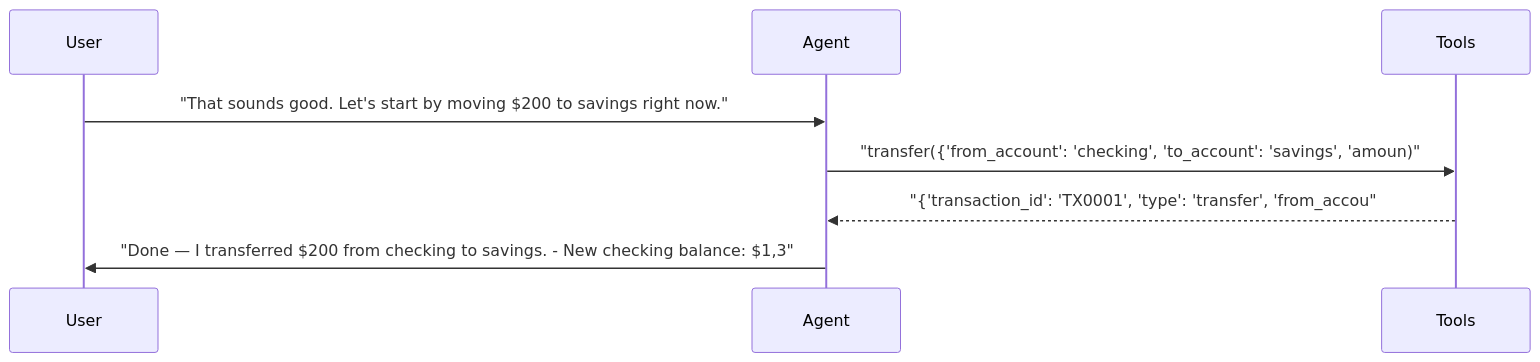
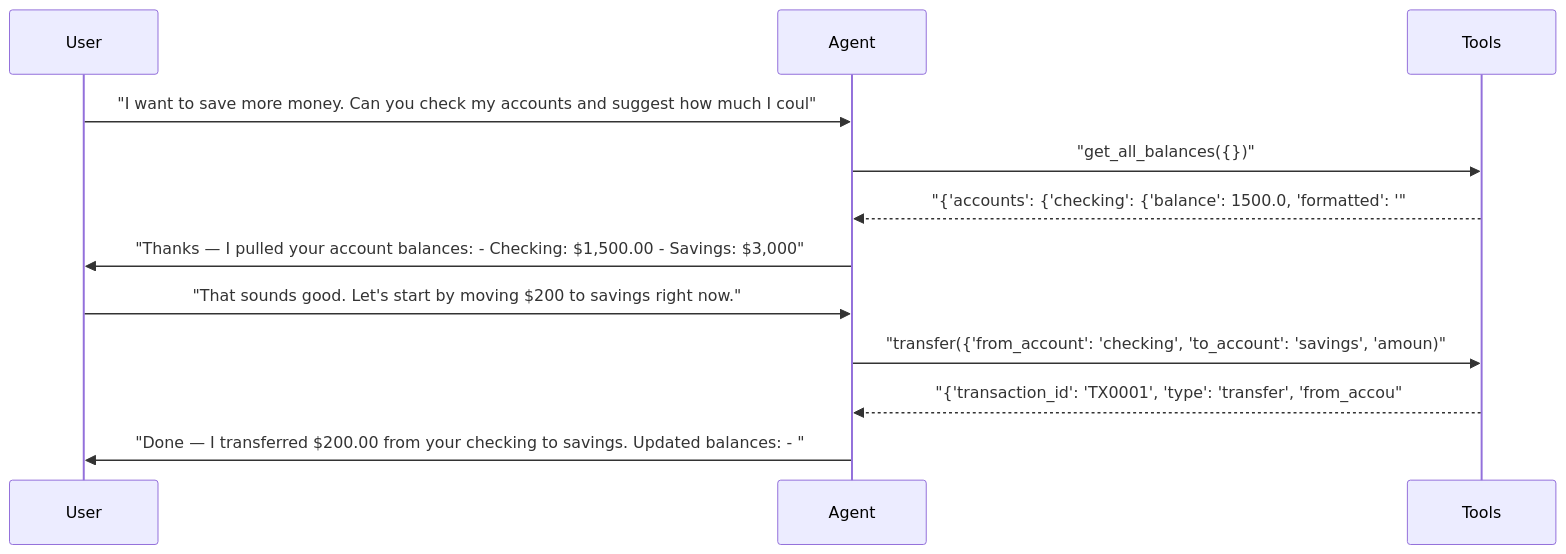
Before and after one commit to sbroenne/pytest-aitest: diagram 13 of 24 in docs/demo/hero-report.md, drawn with Mermaid. The commit also changed other lines of this file and 34 other files, not shown here.

````diff
--- a/docs/demo/hero-report.md
+++ b/docs/demo/hero-report.md
@@ -742,11 +719,15 @@
 ```mermaid
 sequenceDiagram
     participant User
     participant Agent
     participant Tools
 
+    User->>Agent: "I want to save more money. Can you check my accounts and suggest how much I coul"
+    Agent->>Tools: "get_all_balances({})"
+    Tools-->>Agent: "{'accounts': {'checking': {'balance': 1500.0, 'formatted': '"
+    Agent->>User: "Thanks — I pulled your account balances: - Checking: $1,500.00 - Savings: $3,000"
     User->>Agent: "That sounds good. Let's start by moving $200 to savings right now."
     Agent->>Tools: "transfer({'from_account': 'checking', 'to_account': 'savings', 'amoun)"
     Tools-->>Agent: "{'transaction_id': 'TX0001', 'type': 'transfer', 'from_accou"
-    Agent->>User: "Done — I transferred $200 from checking to savings. - New checking balance: $1,3"
+    Agent->>User: "Done — I transferred $200.00 from your checking to savings. Updated balances: - "
 ```
````
